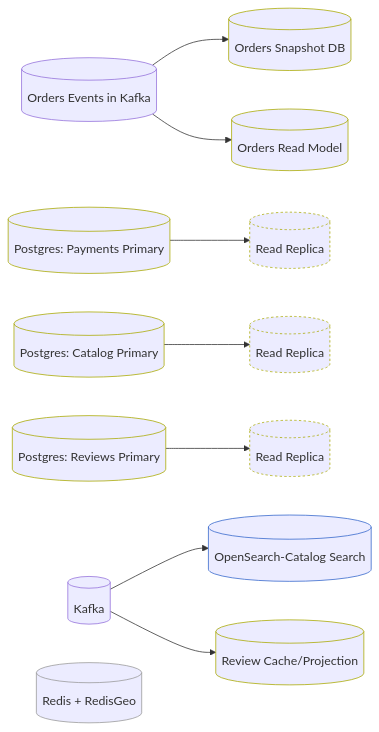
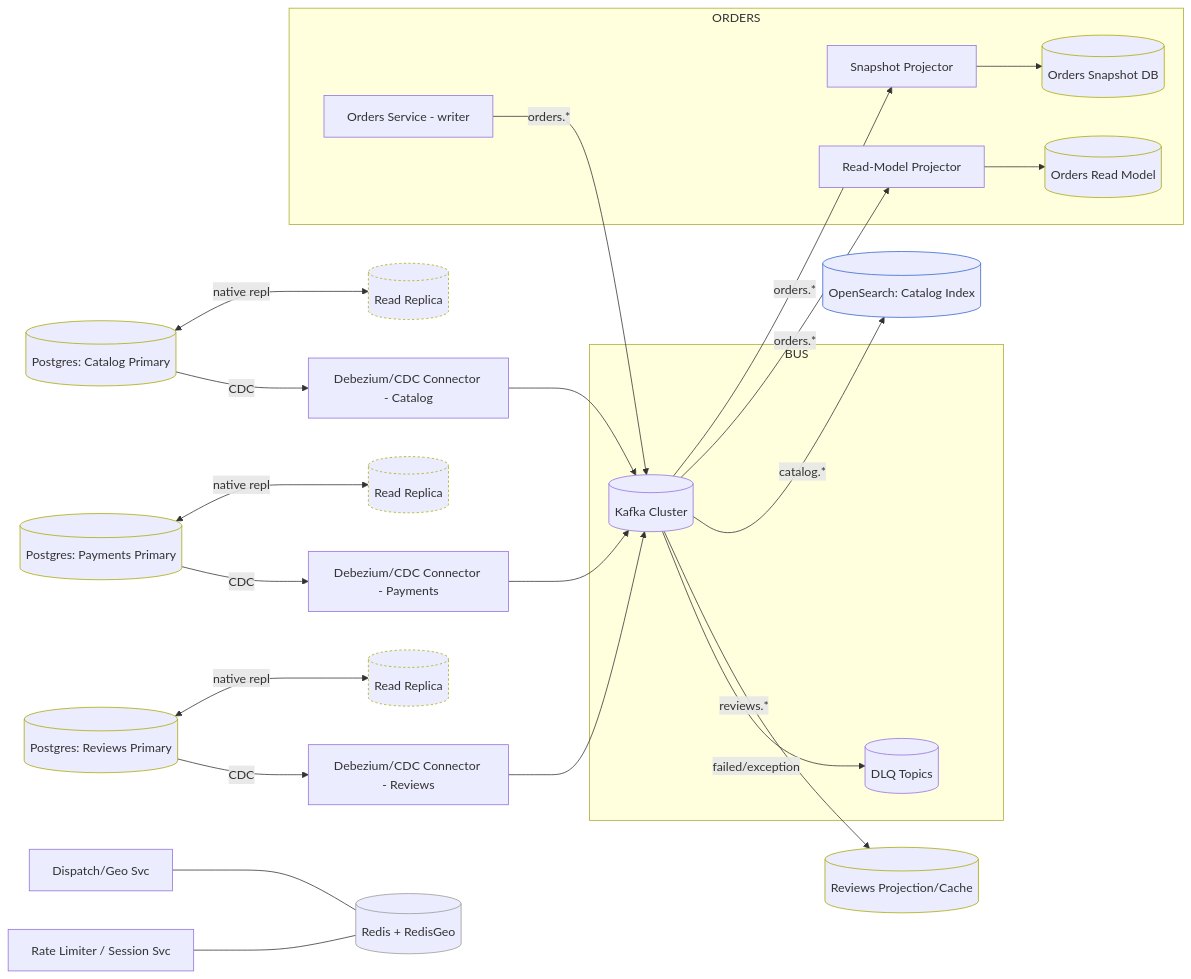
One commit to aumashankar/food-delivery-system changed the fourth of 13 diagrams in docs/02-architecture.md. Above: the diagram before and after it, drawn with Mermaid. The commit also changed other lines of this file, not shown here.

Commit message:
Architecture - expand read replicas inline with context diagram

````diff
--- a/docs/02-architecture.md
+++ b/docs/02-architecture.md
@@ -144,21 +144,69 @@
 ```mermaid
 flowchart LR
-  ORD[(Orders Events in Kafka)]
-  SNAP[(Orders Snapshot DB)]:::db
-  ORD --> SNAP
-  ORD --> ORD_PROJ[(Orders Read Model)]:::db
+    subgraph BUS
+        K[(Kafka Cluster)]
+        DLQ[(DLQ Topics)]
+    end
 
-  PAYDB[(Postgres: Payments Primary)]:::db --> PAYRR[(Read Replica)]:::rr
-  CATDB[(Postgres: Catalog Primary)]:::db --> CATR[(Read Replica)]:::rr
-  REVDB[(Postgres: Reviews Primary)]:::db --> REVRR[(Read Replica)]:::rr
+%% --- Orders event-sourcing ---
+subgraph ORDERS
+ORD_WR[Orders Service - writer]
+SNAP[(Orders Snapshot DB)]:::db
+ORD_PROJ[(Orders Read Model)]:::db
+SNAP_CONS[Snapshot Projector]
+READ_CONS[Read-Model Projector]
+end
 
-  K[(Kafka)] --> OSE[(OpenSearch-Catalog Search)]:::search
-  K --> REV_PROJ[(Review Cache/Projection)]:::db
+%% --- Payments/Catalog/Reviews primaries + CDC ---
+PAYDB[(Postgres: Payments Primary)]:::db
+PAYRR[(Read Replica)]:::rr
+CATDB[(Postgres: Catalog Primary)]:::db
+CATR[(Read Replica)]:::rr
+REVDB[(Postgres: Reviews Primary)]:::db
+REVRR[(Read Replica)]:::rr
 
-  REDIS[(Redis + RedisGeo)]:::cache
+CDC_CAT[Debezium/CDC Connector - Catalog]
+CDC_REV[Debezium/CDC Connector - Reviews]
+CDC_PAY[Debezium/CDC Connector - Payments]
 
-  classDef db stroke:#aa0;
-  classDef rr stroke:#aa0,stroke-dasharray: 3 3;
-  classDef search stroke:#36c;
-  classDef cache stroke:#999;
+OSE[(OpenSearch: Catalog Index)]:::search
+REV_PROJ[(Reviews Projection/Cache)]:::db
+
+%% --- Redis usage ---
+REDIS[(Redis + RedisGeo)]:::cache
+DISPATCH[Dispatch/Geo Svc]
+RATE[Rate Limiter / Session Svc]
+
+%% --- Producers ---
+ORD_WR -- orders.* --> K
+
+%% --- Consumers / Projectors ---
+K -- orders.* --> SNAP_CONS --> SNAP
+K -- orders.* --> READ_CONS --> ORD_PROJ
+
+%% --- CDC to Kafka ---
+CATDB <-- native repl --> CATR
+REVDB <-- native repl --> REVRR
+PAYDB <-- native repl --> PAYRR
+
+CATDB -- CDC --> CDC_CAT --> K
+REVDB -- CDC --> CDC_REV --> K
+PAYDB -- CDC --> CDC_PAY --> K
+
+%% --- Downstream projections from Kafka ---
+K -- catalog.* --> OSE
+K -- reviews.* --> REV_PROJ
+
+%% --- Redis consumers ---
+DISPATCH --- REDIS
+RATE --- REDIS
+
+%% --- Error path ---
+K -- failed/exception --> DLQ
+
+classDef db stroke:#aa0;
+classDef rr stroke:#aa0,stroke-dasharray: 3 3;
+classDef search stroke:#36c;
+classDef cache stroke:#999;
+
 ```
````
